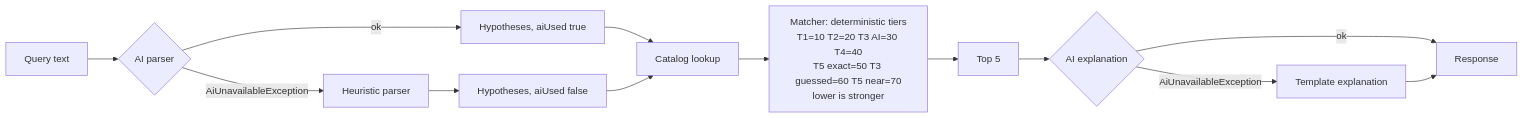
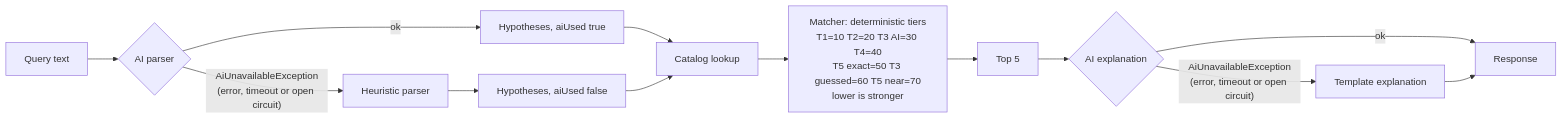
The diagram in docs/architecture/04-matching-and-fallback.md (juan-alvarez-at-trip-arc/find-that-book), drawn with Mermaid before and after one commit. The commit also changed other lines of this file and 32 other files, not shown here.

First line of the commit message:
feat: add Polly retry, circuit breaker and timeouts for Open Library and AI calls

````diff
--- a/docs/architecture/04-matching-and-fallback.md
+++ b/docs/architecture/04-matching-and-fallback.md
@@ -3,13 +3,13 @@
 ```mermaid
 flowchart LR
     q[Query text] --> parse{AI parser}
     parse -- ok --> hyp[Hypotheses, aiUsed true]
-    parse -- AiUnavailableException --> heur[Heuristic parser] --> hyp2[Hypotheses, aiUsed false]
+    parse -- "AiUnavailableException<br/>(error, timeout or open circuit)" --> heur[Heuristic parser] --> hyp2[Hypotheses, aiUsed false]
     hyp --> cat[Catalog lookup]
     hyp2 --> cat
     cat --> rank["Matcher: deterministic tiers<br/>T1=10 T2=20 T3 AI=30 T4=40<br/>T5 exact=50 T3 guessed=60 T5 near=70<br/>lower is stronger"]
     rank --> top[Top 5]
     top --> expl{AI explanation}
     expl -- ok --> out[Response]
-    expl -- AiUnavailableException --> tmpl[Template explanation] --> out
+    expl -- "AiUnavailableException<br/>(error, timeout or open circuit)" --> tmpl[Template explanation] --> out
 ```
````
